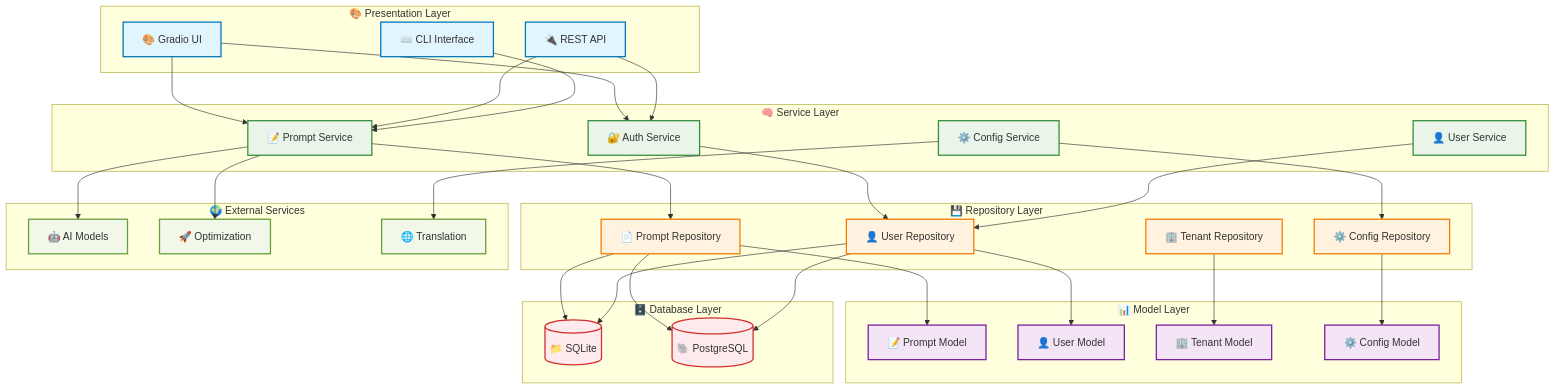
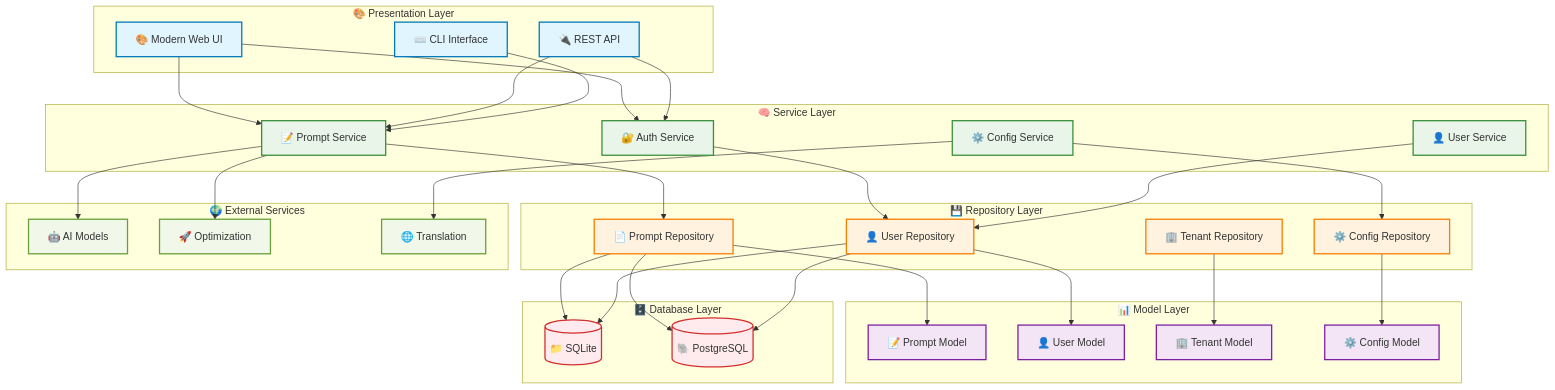
The first of 16 diagrams in docs/ARCHITECTURE.md (MakerCorn/ai-prompt-manager), drawn with Mermaid before and after one commit. The commit also changed other lines of this file and 4 other files, not shown here.

````diff
--- a/docs/ARCHITECTURE.md
+++ b/docs/ARCHITECTURE.md
@@ -86,80 +86,80 @@
 ```mermaid
 graph TB
     subgraph "🎨 Presentation Layer"
-        GRADIO[🎨 Gradio UI]
+        WEBUI[🎨 Modern Web UI]
         API[🔌 REST API]
         CLI[⌨️ CLI Interface]
     end
 
     subgraph "🧠 Service Layer"
         PROMPT_SVC[📝 Prompt Service]
         AUTH_SVC[🔐 Auth Service]
         USER_SVC[👤 User Service]
         CONFIG_SVC[⚙️ Config Service]
     end
 
     subgraph "💾 Repository Layer"
         PROMPT_REPO[📄 Prompt Repository]
         USER_REPO[👤 User Repository]
         TENANT_REPO[🏢 Tenant Repository]
         CONFIG_REPO[⚙️ Config Repository]
     end
 
     subgraph "📊 Model Layer"
         PROMPT_MODEL[📝 Prompt Model]
         USER_MODEL[👤 User Model]
         TENANT_MODEL[🏢 Tenant Model]
         CONFIG_MODEL[⚙️ Config Model]
     end
 
     subgraph "🗄️ Database Layer"
         SQLITE[(📁 SQLite)]
         POSTGRES[(🐘 PostgreSQL)]
     end
 
     subgraph "🌍 External Services"
         AI_SERVICES[🤖 AI Models]
         OPT_SERVICES[🚀 Optimization]
         TRANSLATE[🌐 Translation]
     end
 
     %% Connections
-    GRADIO --> PROMPT_SVC
-    GRADIO --> AUTH_SVC
+    WEBUI --> PROMPT_SVC
+    WEBUI --> AUTH_SVC
     API --> PROMPT_SVC
     API --> AUTH_SVC
     CLI --> PROMPT_SVC
 
     PROMPT_SVC --> PROMPT_REPO
     AUTH_SVC --> USER_REPO
     USER_SVC --> USER_REPO
     CONFIG_SVC --> CONFIG_REPO
 
     PROMPT_REPO --> PROMPT_MODEL
     USER_REPO --> USER_MODEL
     TENANT_REPO --> TENANT_MODEL
     CONFIG_REPO --> CONFIG_MODEL
 
     PROMPT_REPO --> SQLITE
     PROMPT_REPO --> POSTGRES
     USER_REPO --> SQLITE
     USER_REPO --> POSTGRES
 
     PROMPT_SVC --> AI_SERVICES
     PROMPT_SVC --> OPT_SERVICES
     CONFIG_SVC --> TRANSLATE
 
     classDef presentation fill:#e1f5fe,stroke:#0277bd,stroke-width:2px
     classDef service fill:#e8f5e8,stroke:#388e3c,stroke-width:2px
     classDef repository fill:#fff3e0,stroke:#f57c00,stroke-width:2px
     classDef model fill:#f3e5f5,stroke:#7b1fa2,stroke-width:2px
     classDef database fill:#ffebee,stroke:#d32f2f,stroke-width:2px
     classDef external fill:#f1f8e9,stroke:#689f38,stroke-width:2px
 
-    class GRADIO,API,CLI presentation
+    class WEBUI,API,CLI presentation
     class PROMPT_SVC,AUTH_SVC,USER_SVC,CONFIG_SVC service
     class PROMPT_REPO,USER_REPO,TENANT_REPO,CONFIG_REPO repository
     class PROMPT_MODEL,USER_MODEL,TENANT_MODEL,CONFIG_MODEL model
     class SQLITE,POSTGRES database
     class AI_SERVICES,OPT_SERVICES,TRANSLATE external
 ```
````
